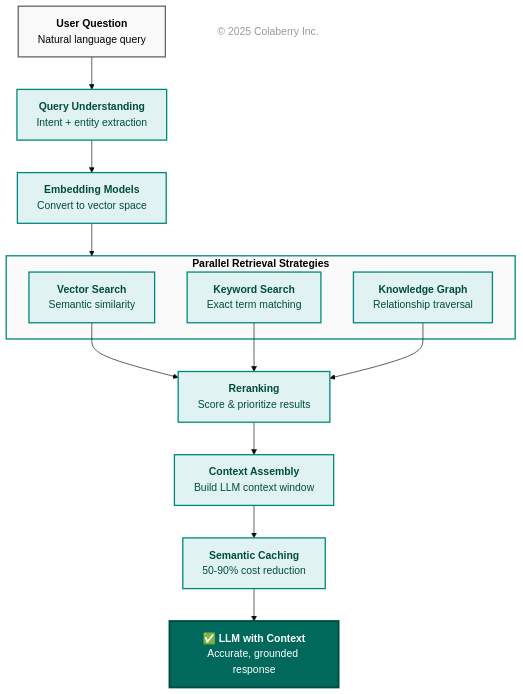
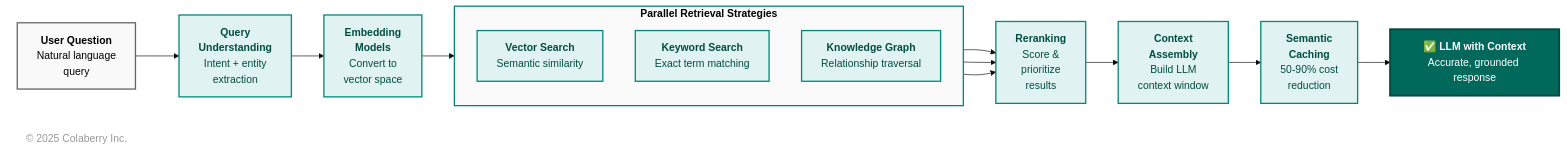
Before and after one commit to colaberry/enterprise-data-readiness-ai-agents: the eighth of 18 diagrams in chapter-01/chapter_1_complete.md, drawn with Mermaid (base theme). The commit also changed other lines of this file, not shown here.

First line of the commit message:
diagrams made efficient with space

````diff
--- a/chapter-01/chapter_1_complete.md
+++ b/chapter-01/chapter_1_complete.md
@@ -1084,52 +1079,50 @@
 ```mermaid
-graph TB
-    Q["<b>User Question</b><br/>Natural language query"]
+graph LR
+    Q["<b>User Question</b><br/>Natural language<br/>query"]
     
-    U["<b>Query Understanding</b><br/>Intent + entity extraction"]
+    U["<b>Query<br/>Understanding</b><br/>Intent + entity<br/>extraction"]
     
-    E["<b>Embedding Models</b><br/>Convert to vector space"]
+    E["<b>Embedding<br/>Models</b><br/>Convert to<br/>vector space"]
     
     subgraph retrieval["<b>Parallel Retrieval Strategies</b>"]
+        direction TB
         V["<b>Vector Search</b><br/>Semantic similarity"]
         K["<b>Keyword Search</b><br/>Exact term matching"]
         G["<b>Knowledge Graph</b><br/>Relationship traversal"]
     end
     
-    RANK["<b>Reranking</b><br/>Score & prioritize results"]
+    RANK["<b>Reranking</b><br/>Score &<br/>prioritize<br/>results"]
     
-    ASSEMBLE["<b>Context Assembly</b><br/>Build LLM context window"]
+    ASSEMBLE["<b>Context<br/>Assembly</b><br/>Build LLM<br/>context window"]
     
-    CACHE["<b>Semantic Caching</b><br/>50-90% cost reduction"]
+    CACHE["<b>Semantic<br/>Caching</b><br/>50-90% cost<br/>reduction"]
     
     LLM["<b>✅ LLM with Context</b><br/>Accurate, grounded response"]
     
     Q --> U
     U --> E
     E --> retrieval
     V --> RANK
     K --> RANK
     G --> RANK
     RANK --> ASSEMBLE
     ASSEMBLE --> CACHE
     CACHE --> LLM
     
-    %% Link styling
-    
     style Q fill:#f9f9f9,stroke:#666666,stroke-width:2px,color:#000000
     style U fill:#e0f2f1,stroke:#00897b,stroke-width:2px,color:#004d40
     style E fill:#e0f2f1,stroke:#00897b,stroke-width:2px,color:#004d40
     style retrieval fill:#fafafa,stroke:#00897b,stroke-width:2px,color:#000000
     style V fill:#e0f2f1,stroke:#00897b,stroke-width:2px,color:#004d40
     style K fill:#e0f2f1,stroke:#00897b,stroke-width:2px,color:#004d40
     style G fill:#e0f2f1,stroke:#00897b,stroke-width:2px,color:#004d40
     style RANK fill:#e0f2f1,stroke:#00897b,stroke-width:2px,color:#004d40
     style ASSEMBLE fill:#e0f2f1,stroke:#00897b,stroke-width:2px,color:#004d40
     style CACHE fill:#e0f2f1,stroke:#00897b,stroke-width:2px,color:#004d40
+    style LLM fill:#00695c,color:#ffffff,stroke:#004d40,stroke-width:3px
 
     %% Copyright Notice
     CR["© 2025 Colaberry Inc."]
-
-    style LLM fill:#00695c,color:#ffffff,stroke:#004d40,stroke-width:3px
     style CR fill:none,stroke:none,color:#999999
 
 ```
````
